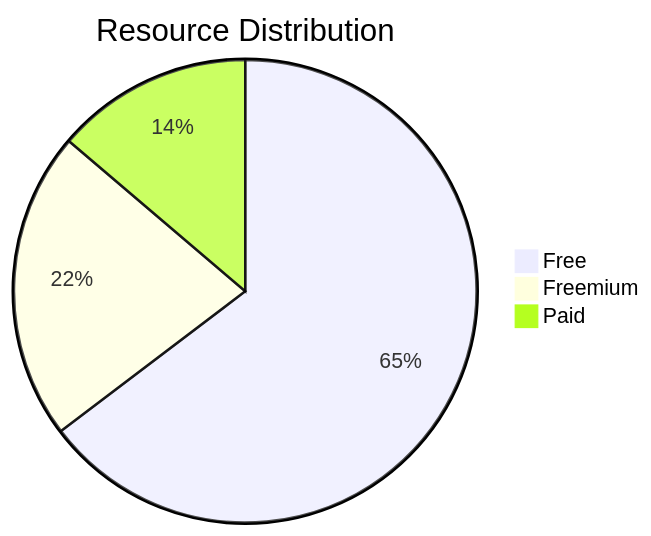
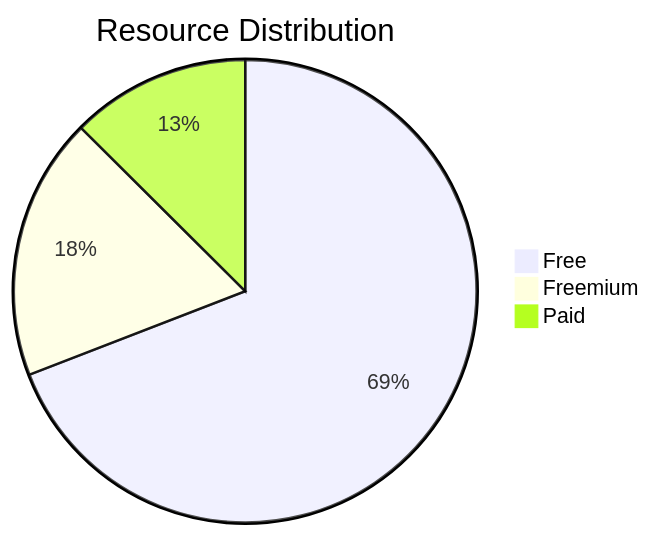
One commit to sametcn99/computer-science-resources changed the diagram in resources/index.md. Above: the diagram before and after it, drawn with Mermaid. The commit also changed other lines of this file and 77 other files, not shown here.

````diff
--- a/resources/index.md
+++ b/resources/index.md
@@ -10,7 +10,7 @@
 ```mermaid
 pie
     title Resource Distribution
-    "Free" : 216
-    "Freemium" : 72
-    "Paid" : 46
+    "Free" : 430
+    "Freemium" : 114
+    "Paid" : 78
 ```
````
